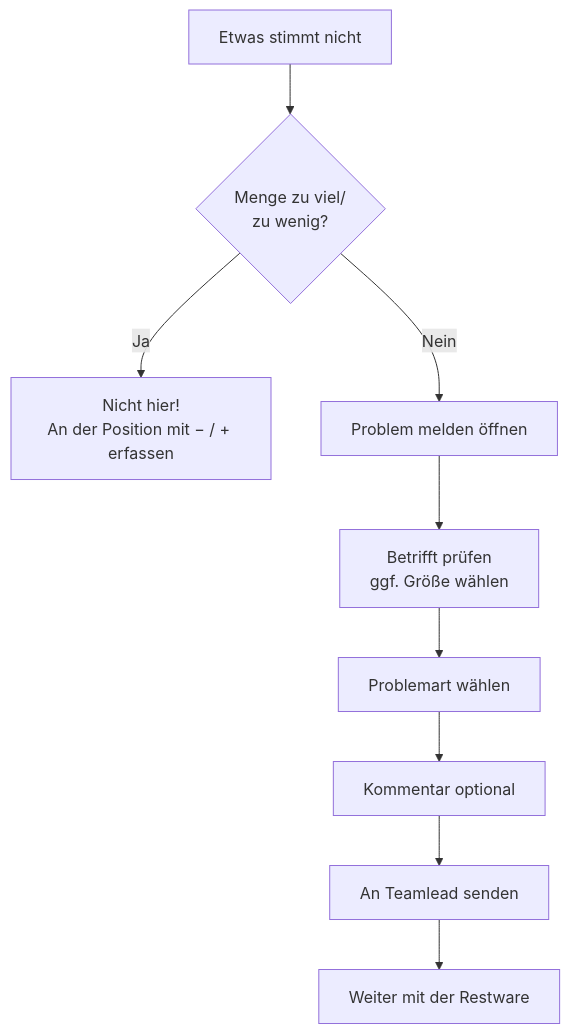
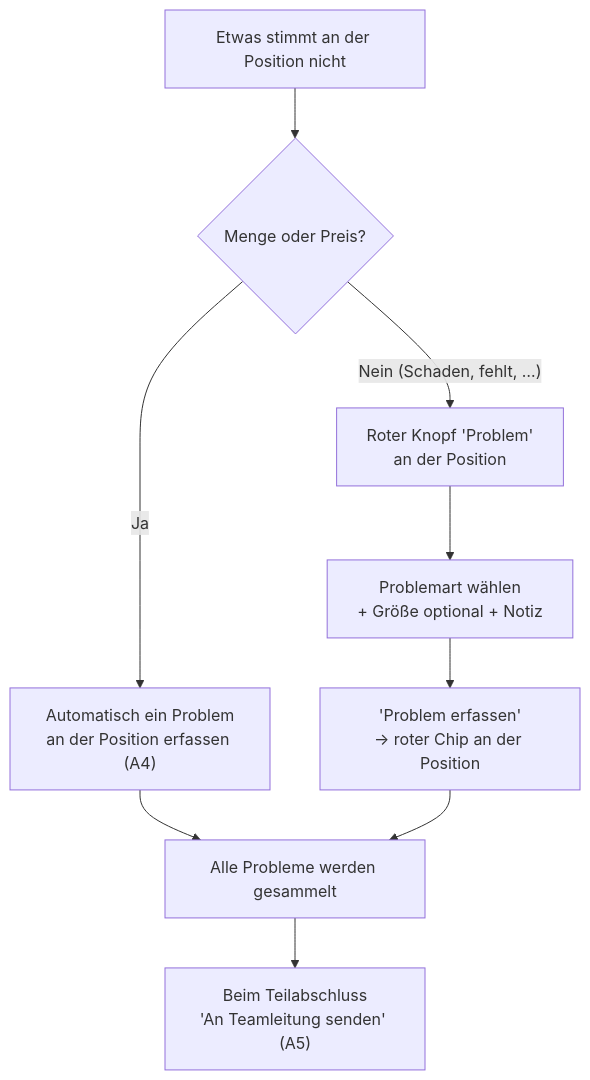
The diagram in docs/handbook/a6-problem-melden.md (officialoniichat/paketdispov2), drawn with Mermaid before and after one commit. The commit also changed other lines of this file and 11 other files, not shown here.

First line of the commit message:
docs(presentation): Kundenpräsentation der 4 neuen Mitarbeiterapp-Flows (Feedback 14.07.2026)

````diff
--- a/docs/handbook/a6-problem-melden.md
+++ b/docs/handbook/a6-problem-melden.md
@@ -44,11 +42,11 @@
 ```mermaid
 flowchart TD
-    A[Etwas stimmt nicht] --> B{Menge zu viel/<br/>zu wenig?}
-    B -- Ja --> C[Nicht hier!<br/>An der Position mit − / + erfassen]
-    B -- Nein --> D[Problem melden öffnen]
-    D --> E[Betrifft prüfen<br/>ggf. Größe wählen]
-    E --> F[Problemart wählen]
-    F --> G[Kommentar optional]
-    G --> H[An Teamlead senden]
-    H --> I[Weiter mit der Restware]
+    A[Etwas stimmt an der Position nicht] --> B{Menge oder Preis?}
+    B -- Ja --> C["Automatisch ein Problem<br/>an der Position erfassen (A4)"]
+    B -- "Nein (Schaden, fehlt, …)" --> D["Roter Knopf 'Problem'<br/>an der Position"]
+    D --> E[Problemart wählen<br/>+ Größe optional + Notiz]
+    E --> F["'Problem erfassen'<br/>→ roter Chip an der Position"]
+    C --> G[Alle Probleme werden gesammelt]
+    F --> G
+    G --> H["Beim Teilabschluss<br/>'An Teamleitung senden' (A5)"]
 ```
````
